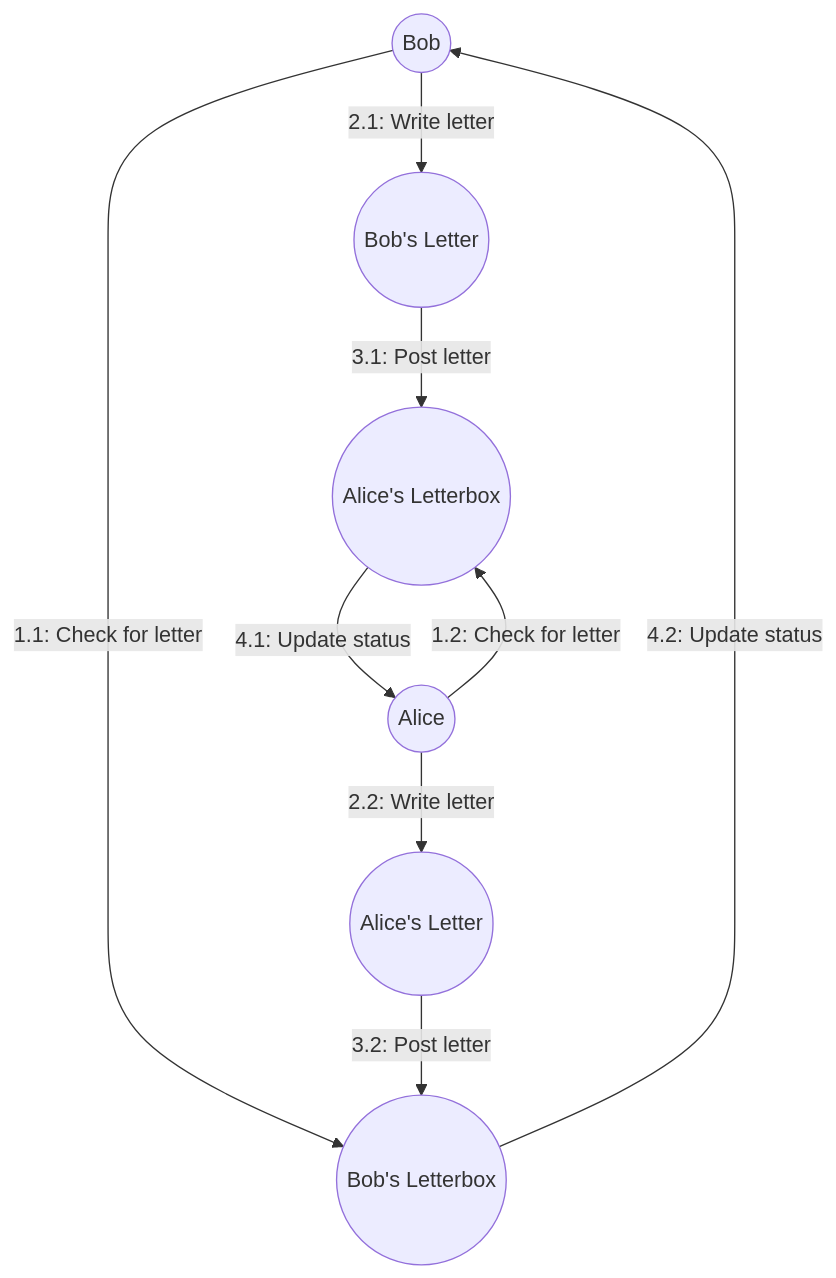
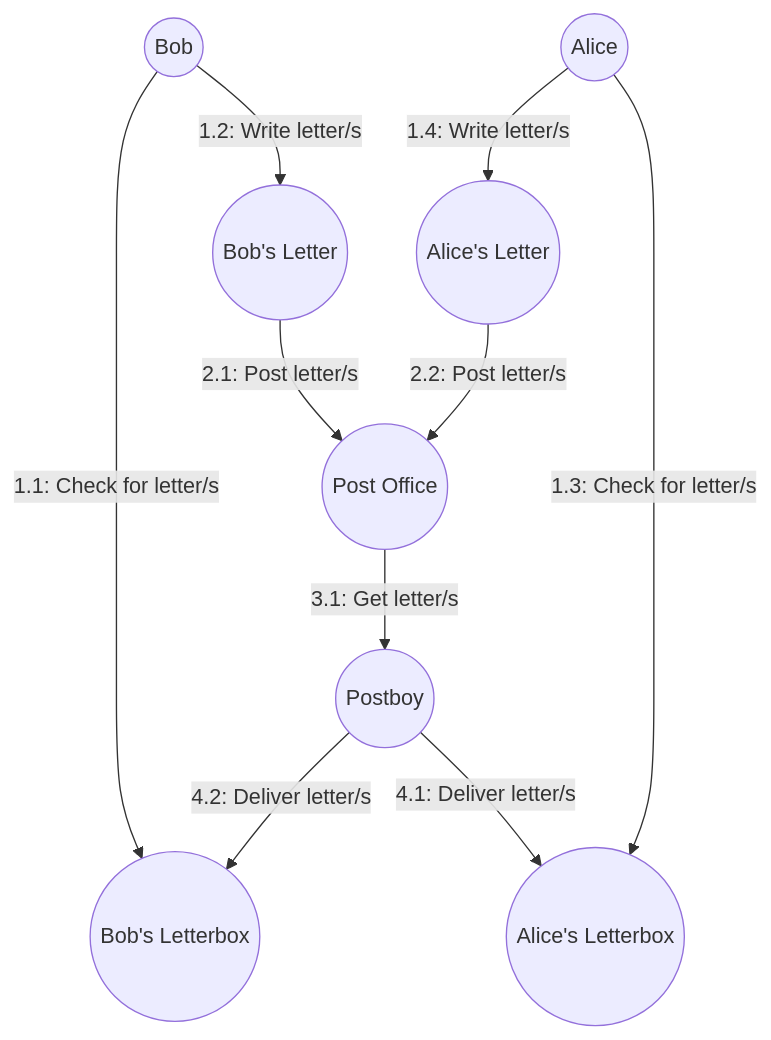
The third of 5 diagrams in uml.md (MightyMuso/Applied-Python-AT1), drawn with Mermaid before and after one commit. The commit also changed other lines of this file and 4 other files, not shown here.

Commit message:
Updated test cases Consolidated post_letter() and write_letter()

````diff
--- a/uml.md
+++ b/uml.md
@@ -49,20 +80,25 @@
 ``` mermaid
 flowchart
     id1((Bob))
     id2((Alice))
     id3((Bob's Letterbox))
     id4((Alice's Letterbox))
     id5((Bob's Letter))
     id6((Alice's Letter))
-    id1 -- 1.1: Check for letter --> id3
-    id1 -- 2.1: Write letter --> id5
-    id5 -- 3.1: Post letter --> id4
-    id4 -- 4.1: Update status --> id2
-    id2 -- 1.2: Check for letter --> id4
-    id2 -- 2.2: Write letter --> id6
-    id6 -- 3.2: Post letter --> id3
-    id3 -- 4.2: Update status --> id1
+    id7((Post Office))
+    id8((Postboy))
+    
+    id1 -- 1.1: Check for letter/s --> id3
+    id1 -- 1.2: Write letter/s --> id5
+    id5 -- 2.1: Post letter/s --> id7
+    id7 -- 3.1: Get letter/s --> id8
+    id8 -- 4.1: Deliver letter/s --> id4
+    id8 -- 4.2: Deliver letter/s --> id3
+    id2 -- 1.3: Check for letter/s --> id4
+    id2 -- 1.4: Write letter/s --> id6
+    id6 -- 2.2: Post letter/s --> id7
+  
 
     
     
 ```
````
